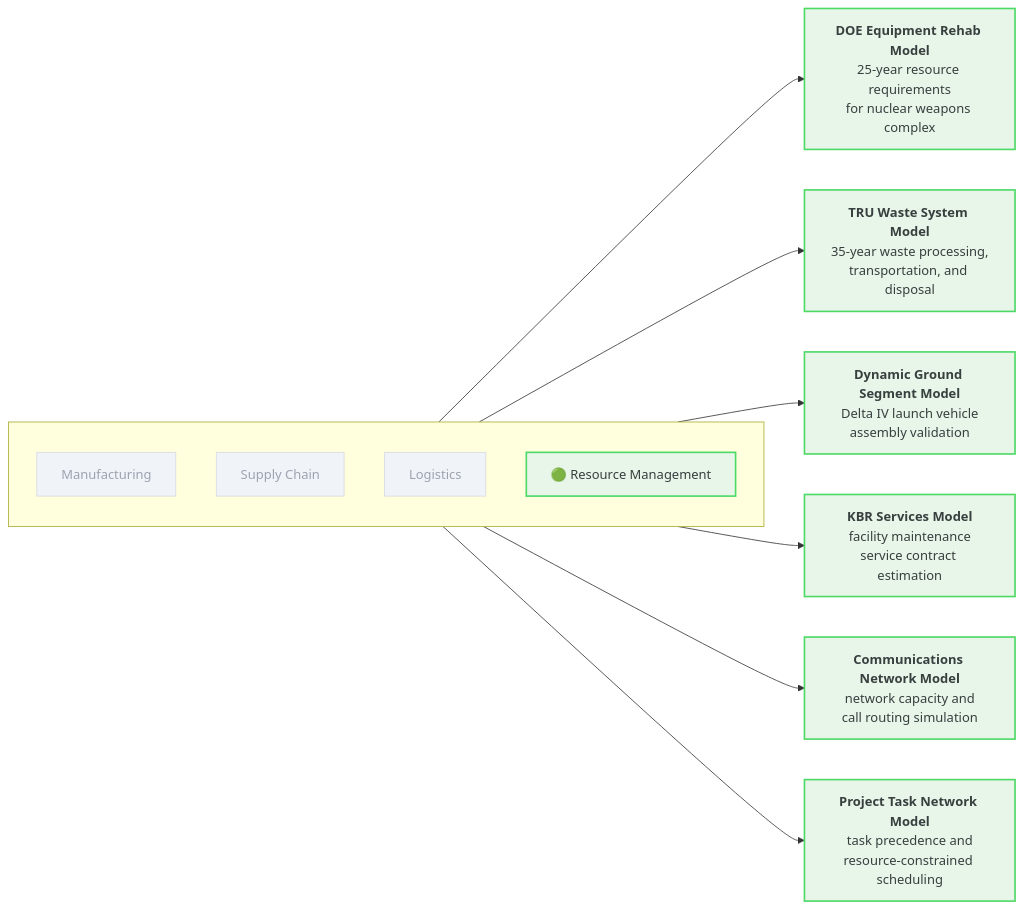
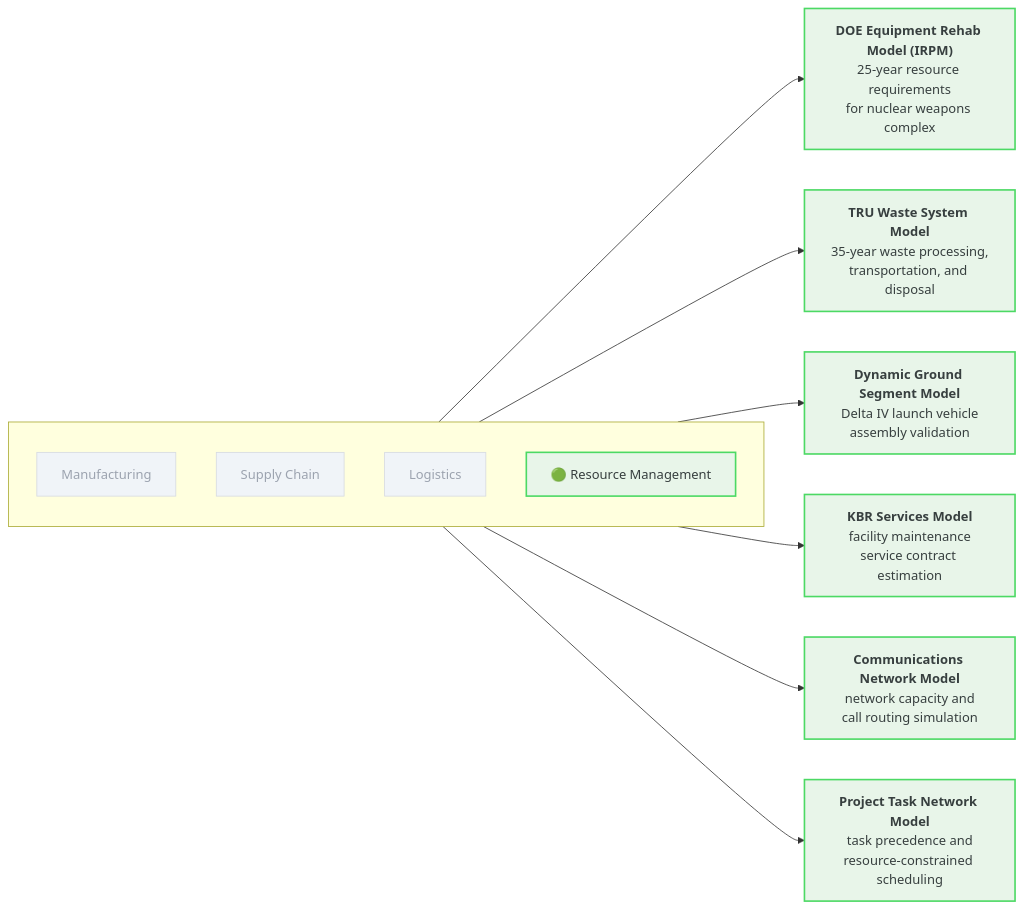
One commit to SimulationDynamics/sdi-self-guided-tour changed the diagram in src/resource-management/case-studies.md. Above: the diagram before and after it, drawn with Mermaid. The commit also changed other lines of this file and 4 other files, not shown here.

```diff
--- a/src/resource-management/case-studies.md
+++ b/src/resource-management/case-studies.md
@@ -24,40 +24,40 @@
 <div class="mermaid">
 graph LR
     subgraph sections[" "]
         direction TB
         M["Manufacturing"]
         SC["Supply Chain"]
         L["Logistics"]
         RM["🟢 Resource Management"]
     end
-    RM -->|" "| CS1["`**DOE Equipment Rehab Model**
+    RM -->|" "| CS1["`**DOE Equipment Rehab Model (IRPM)**
     25-year resource requirements
     for nuclear weapons complex`"]
     RM -->|" "| CS2["`**TRU Waste System Model**
     35-year waste processing,
     transportation, and disposal`"]
     RM -->|" "| CS3["`**Dynamic Ground Segment Model**
     Delta IV launch vehicle
     assembly validation`"]
     RM -->|" "| CS4["`**KBR Services Model**
     facility maintenance
     service contract estimation`"]
     RM -->|" "| CS5["`**Communications Network Model**
     network capacity and
     call routing simulation`"]
     RM -->|" "| CS6["`**Project Task Network Model**
     task precedence and
     resource-constrained scheduling`"]
     click CS1 "/resource-management/case-studies/#doe-equipment-rehab"
     click CS2 "/resource-management/case-studies/#tru-waste-system"
     click CS3 "/resource-management/case-studies/#dynamic-ground-segment"
     click CS4 "/resource-management/case-studies/#kbr-services"
     click CS5 "/resource-management/case-studies/#communications-network"
     click CS6 "/resource-management/case-studies/#project-task-network"
     classDef active fill:#e8f5e9,stroke:#4CD964,stroke-width:2px,color:#373F3F
     classDef dimmed fill:#f0f4f8,stroke:#D6DAE1,stroke-width:1px,color:#9ca3af
     classDef caseStudy fill:#e8f5e9,stroke:#4CD964,stroke-width:2px,color:#373F3F
     class RM active
     class M,SC,L dimmed
     class CS1,CS2,CS3,CS4,CS5,CS6 caseStudy
 </div>
```
